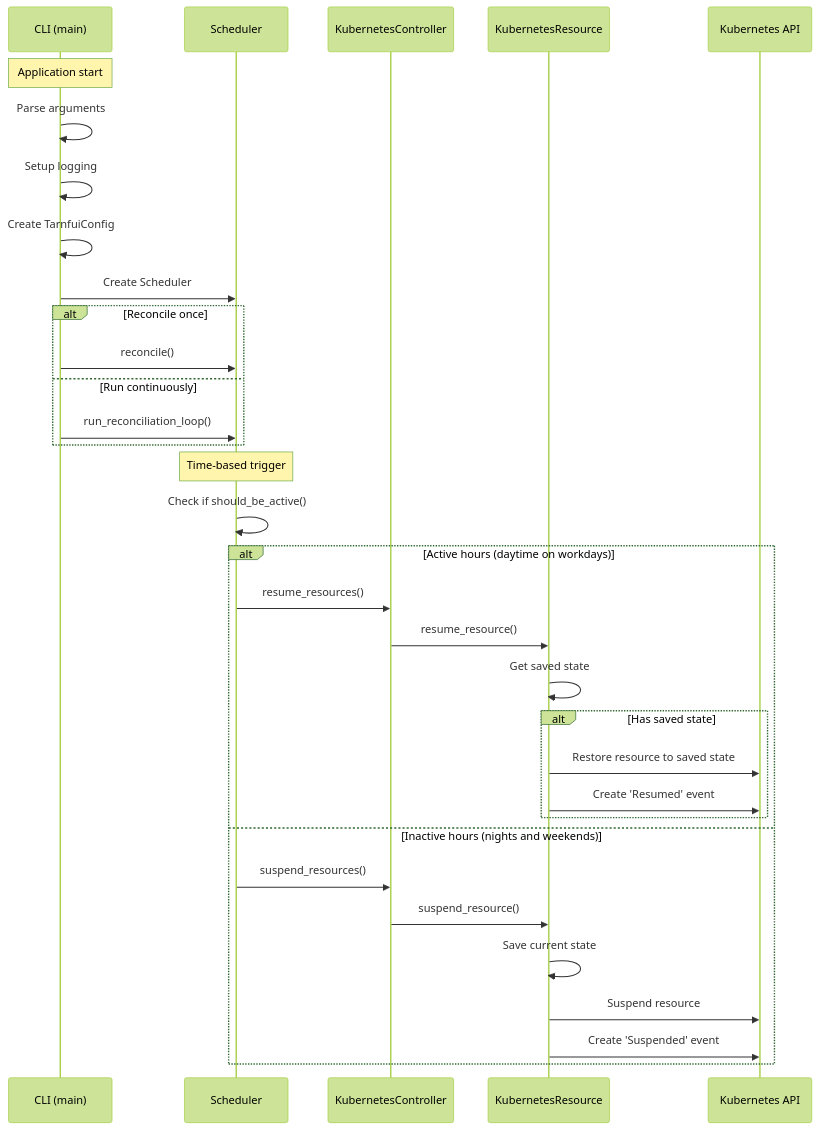
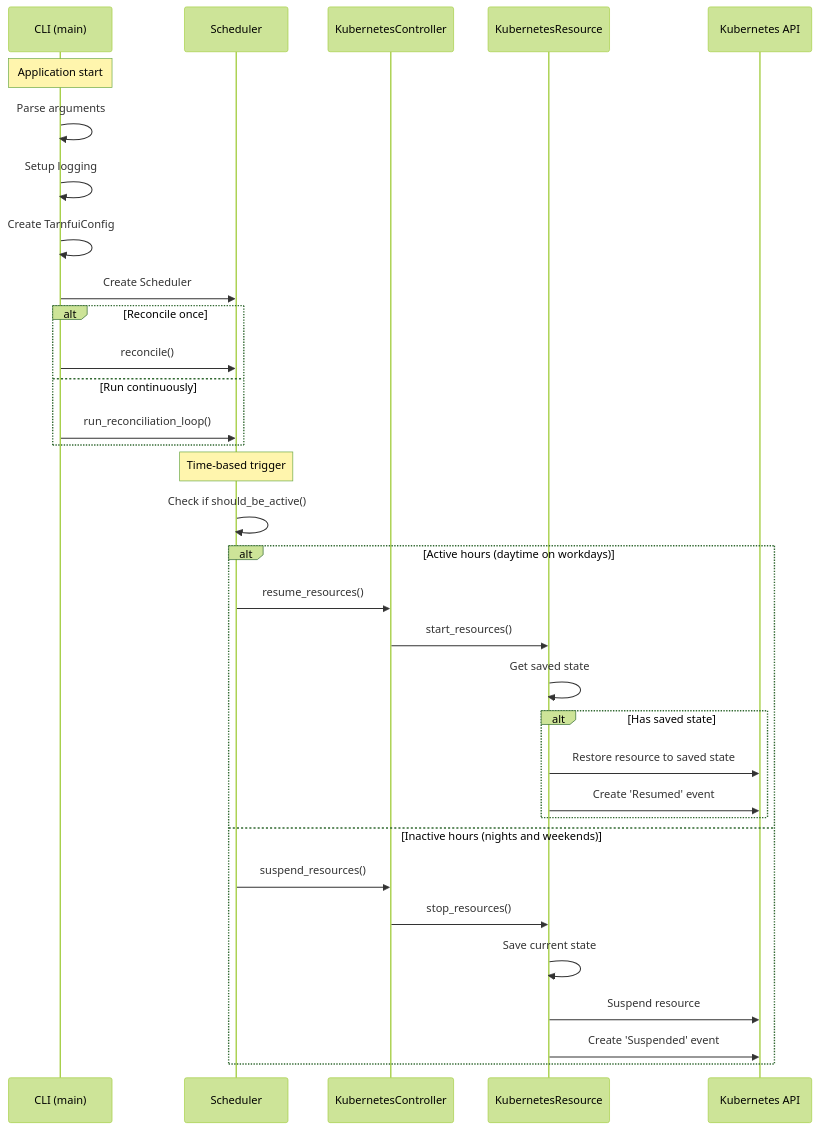
The first of 2 diagrams in README.md (demikl/Tarnfui), drawn with Mermaid (forest theme) before and after one commit. The commit also changed other lines of this file and 10 other files, not shown here.

````diff
--- a/README.md
+++ b/README.md
@@ -31,39 +31,39 @@
 ```mermaid
 sequenceDiagram
     participant CLI as CLI (main)
     participant S as Scheduler
     participant K as KubernetesController
     participant R as KubernetesResource
     participant A as Kubernetes API
 
     Note over CLI: Application start
     CLI->>CLI: Parse arguments
     CLI->>CLI: Setup logging
     CLI->>CLI: Create TarnfuiConfig
     CLI->>S: Create Scheduler
     
     alt Reconcile once
         CLI->>S: reconcile()
     else Run continuously
         CLI->>S: run_reconciliation_loop()
     end
     
     Note over S: Time-based trigger
     S->>S: Check if should_be_active()
     
     alt Active hours (daytime on workdays)
         S->>K: resume_resources()
-        K->>R: resume_resource()
+        K->>R: start_resources()
         R->>R: Get saved state
         alt Has saved state
             R->>A: Restore resource to saved state
             R->>A: Create 'Resumed' event
         end
     else Inactive hours (nights and weekends)
         S->>K: suspend_resources()
-        K->>R: suspend_resource()
+        K->>R: stop_resources()
         R->>R: Save current state
         R->>A: Suspend resource
         R->>A: Create 'Suspended' event
     end
 ```
````
